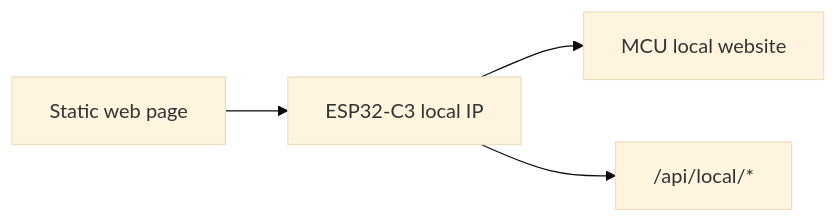
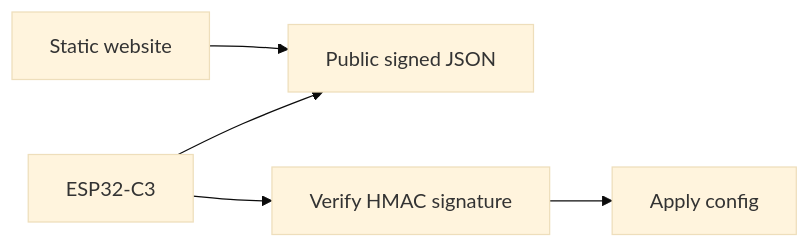
One commit to terry-eric/esp32c3-clock-web changed the diagram in docs/DEPLOYMENT_MODES.md. Above: the diagram before and after it, drawn with Mermaid (base theme). The commit also changed other lines of this file and 14 other files, not shown here.

Commit message:
Add signed static MCU config

````diff
--- a/docs/DEPLOYMENT_MODES.md
+++ b/docs/DEPLOYMENT_MODES.md
@@ -5,6 +5,7 @@
 ```mermaid
 flowchart LR
-  A["Static web page"] --> B["ESP32-C3 local IP"]
-  B --> C["MCU local website"]
-  B --> D["/api/local/*"]
+  A["Static website"] --> B["Public signed JSON"]
+  C["ESP32-C3"] --> B
+  C --> D["Verify HMAC signature"]
+  D --> E["Apply config"]
 ```
````
